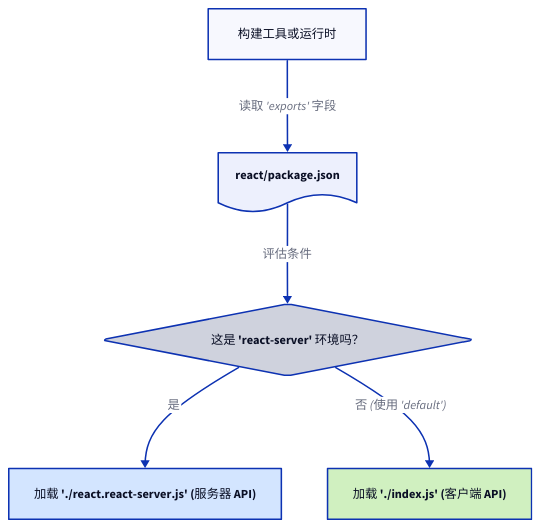
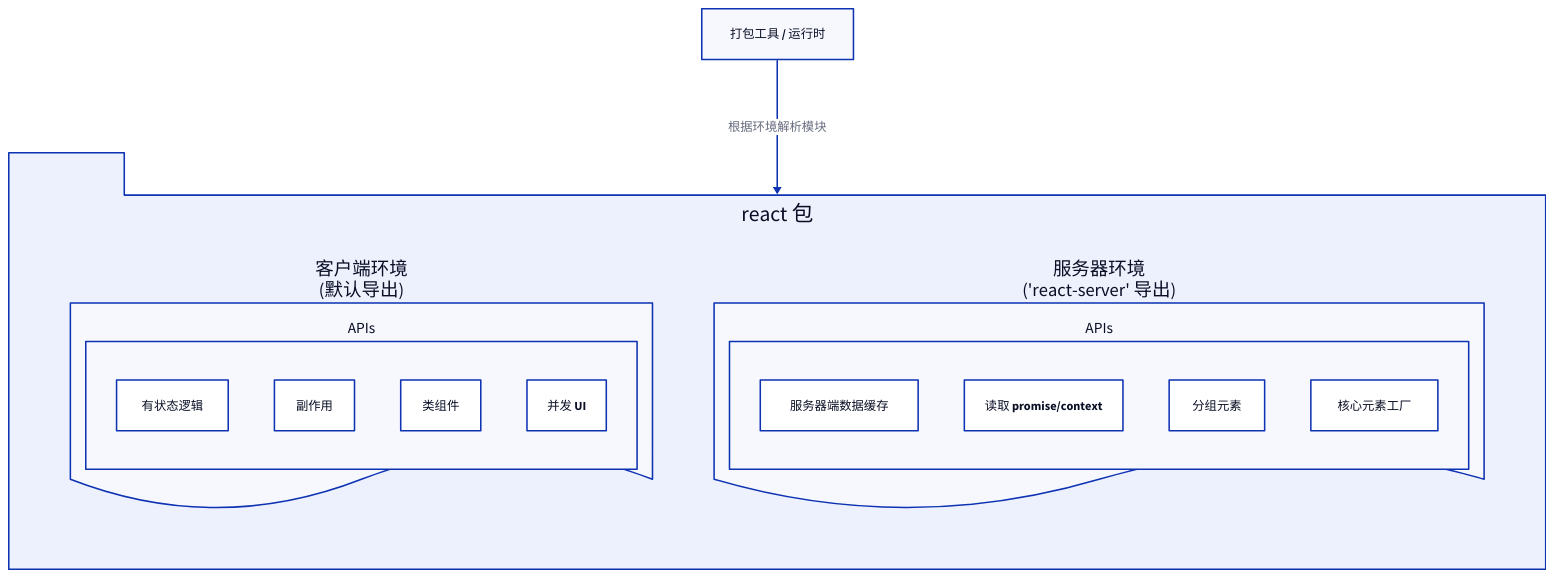
Before and after one commit to lban2049/react: the diagram in packages/react/.aigne/doc-smith/docs/advanced-server-vs-client.zh.md, drawn with D2. The commit also changed other lines of this file and 46 other files, not shown here.

````diff
--- a/packages/react/.aigne/doc-smith/docs/advanced-server-vs-client.zh.md
+++ b/packages/react/.aigne/doc-smith/docs/advanced-server-vs-client.zh.md
@@ -29,34 +30,37 @@
 ```d2
 direction: down
 
-Bundler: "构建工具或运行时"
-
-package_json: {
-  shape: document
-  label: "react/package.json"
+"打包工具 / 运行时": {
+  shape: rectangle
 }
 
-condition_check: {
-  shape: diamond
-  label: "这是 'react-server' 环境吗？"
-}
+"react 包": {
+  shape: package
+  grid-columns: 2
+  grid-gap: 80
 
-server_entry: {
-  label: "加载 './react.react-server.js' (服务器 API)"
-  style: {
-    fill: "#d3e5ff"
+  "客户端入口 (`index.js`)": {
+    label: "客户端环境\n(默认导出)"
+    shape: document
+    "APIs": {
+      "useState": "有状态逻辑"
+      "useEffect": "副作用"
+      "Component": "类组件"
+      "startTransition": "并发 UI"
+    }
+  }
+
+  "服务器入口 (`react.react-server.js`)": {
+    label: "服务器环境\n('react-server' 导出)"
+    shape: document
+    "APIs": {
+      "cache": "服务器端数据缓存"
+      "use": "读取 promise/context"
+      "Fragment": "分组元素"
+      "createElement": "核心元素工厂"
+    }
   }
 }
 
-client_entry: {
-  label: "加载 './index.js' (客户端 API)"
-  style: {
-    fill: "#d0f0c0"
-  }
-}
-
-Bundler -> package_json: "读取 'exports' 字段"
-package_json -> condition_check: "评估条件"
-condition_check -> server_entry: "是"
-condition_check -> client_entry: "否 (使用 'default')"
+"打包工具 / 运行时" -> "react 包": "根据环境解析模块"
 ```
````
